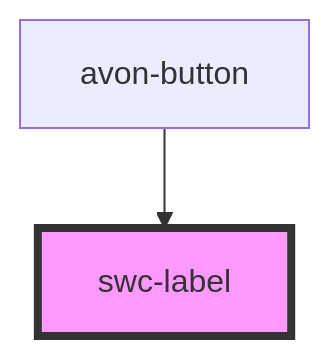
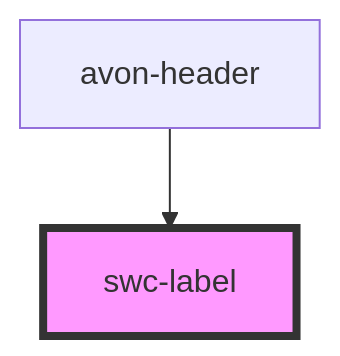
The diagram in src/components/swc-label/readme.md (avon-poc/avon-mfe-ui-kit), drawn with Mermaid before and after one commit. The commit also changed other lines of this file and 17 other files, not shown here.

````diff
--- a/src/components/swc-label/readme.md
+++ b/src/components/swc-label/readme.md
@@ -25,5 +25,5 @@
 ```mermaid
 graph TD;
-  avon-button --> swc-label
+  avon-header --> swc-label
   style swc-label fill:#f9f,stroke:#333,stroke-width:4px
 ```
````
